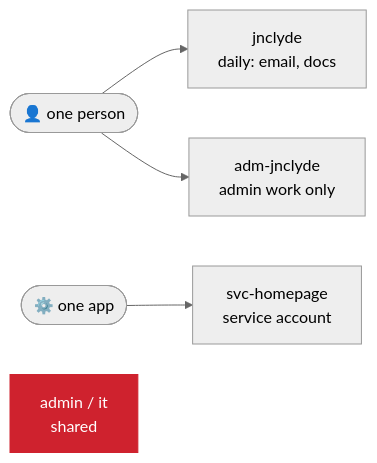
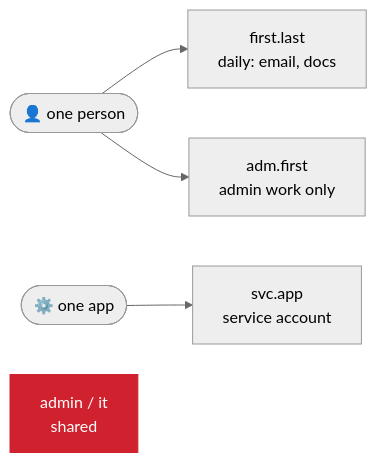
Before and after one commit to ClydeWasEjected/ClydeHomeLab: the third of 3 diagrams in HomeLab/4 - Microsoft/AD Administration.md, drawn with Mermaid (neutral theme). The commit also changed other lines of this file and 6 other files, not shown here.

````diff
--- a/HomeLab/4 - Microsoft/AD Administration.md
+++ b/HomeLab/4 - Microsoft/AD Administration.md
@@ -70,8 +90,8 @@
 ```mermaid
 flowchart LR
-    p(["👤 one person"]) --> d["jnclyde<br/>daily: email, docs"]
-    p --> a["adm-jnclyde<br/>admin work only"]
-    app(["⚙️ one app"]) --> s["svc-homepage<br/>service account"]
+    p(["👤 one person"]) --> d["first.last<br/>daily: email, docs"]
+    p --> a["adm.first<br/>admin work only"]
+    app(["⚙️ one app"]) --> s["svc.app<br/>service account"]
     x["admin / it<br/>shared"]:::bad
     classDef bad fill:#cf222e,stroke:#cf222e,color:#fff
 ```
````
